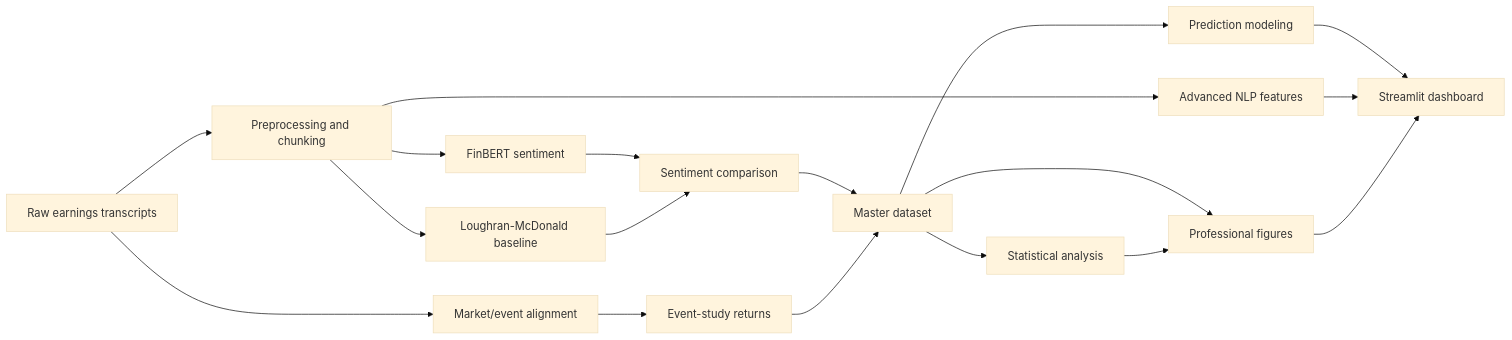
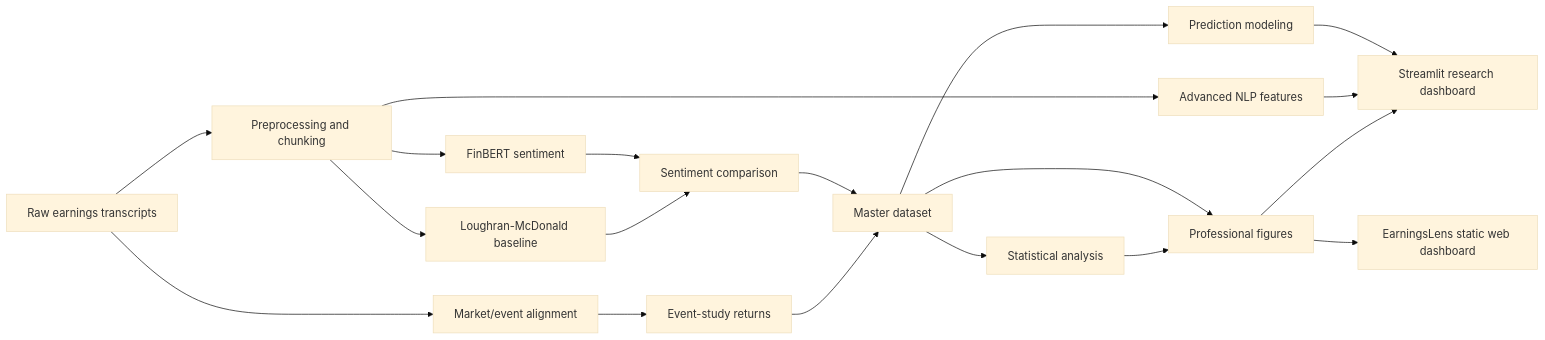
Before and after one commit to imayankss/EarningsLens: the diagram in README.md, drawn with Mermaid (base theme). The commit also changed other lines of this file, not shown here.

Commit message:
Update README for EarningsLens web dashboard

````diff
--- a/README.md
+++ b/README.md
@@ -37,20 +64,21 @@
 ```mermaid
 flowchart LR
     A[Raw earnings transcripts] --> B[Preprocessing and chunking]
     B --> C[FinBERT sentiment]
     B --> D[Loughran-McDonald baseline]
     C --> E[Sentiment comparison]
     D --> E
     A --> F[Market/event alignment]
     F --> G[Event-study returns]
     E --> H[Master dataset]
     G --> H
     H --> I[Statistical analysis]
     H --> J[Prediction modeling]
     B --> K[Advanced NLP features]
     H --> L[Professional figures]
     I --> L
-    J --> M[Streamlit dashboard]
+    J --> M[Streamlit research dashboard]
     K --> M
     L --> M
+    L --> N[EarningsLens static web dashboard]
 ```
````
